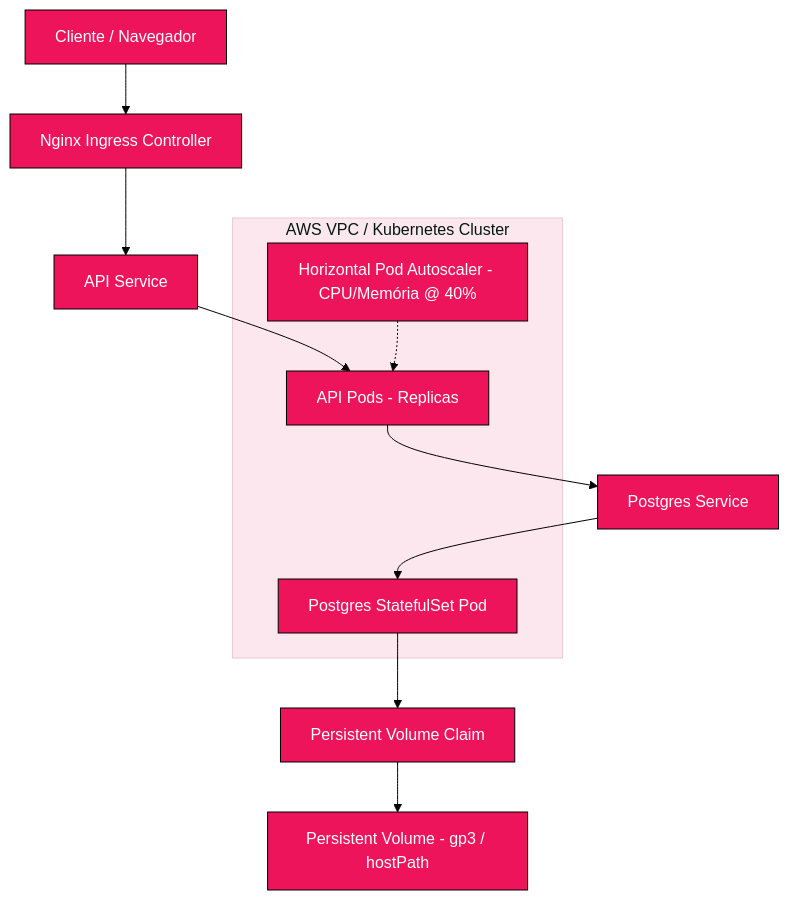
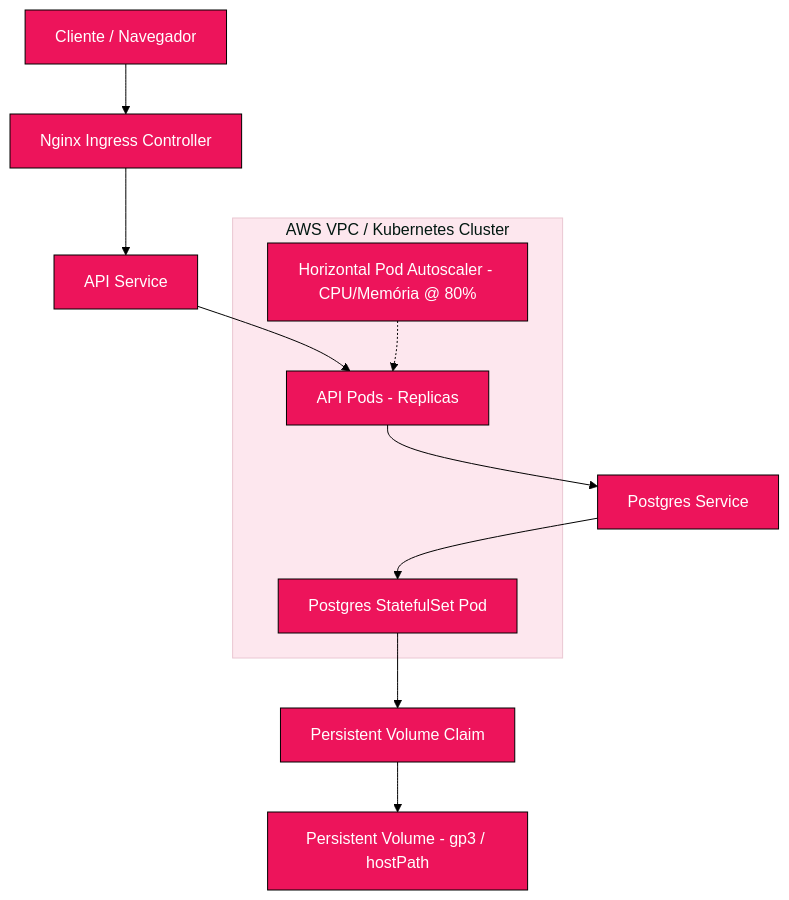
One commit to Grupo78-PosTech-15SOAT/AutoReparos changed the second of 3 diagrams in README.md. Above: the diagram before and after it, drawn with Mermaid. The commit also changed other lines of this file and 1 other file, not shown here.

Commit message:
🔧 Ajustando target do HPA para 80% e corrigindo background dos diagramas no README

````diff
--- a/README.md
+++ b/README.md
@@ -154,30 +155,31 @@
 ```mermaid
 %%{init: {
   'theme': 'base',
+  'themeCSS': 'svg { background-color: #ffffff !important; } .subgraph rect { fill: #FDE7EE !important; }',
   'themeVariables': {
     'background': '#ffffff',
     'primaryColor': '#ED145B',
     'primaryTextColor': '#ffffff',
     'primaryBorderColor': '#000000',
     'lineColor': '#000000',
     'secondaryColor': '#1A1A1A',
     'tertiaryColor': '#FDE7EE',
     'edgeLabelBackground': '#ffffff'
   }
 }}%%
 graph TB
     Client[Cliente / Navegador] --> Ingress[Nginx Ingress Controller]
     Ingress --> APIService[API Service]
     APIService --> APIPods[API Pods - Replicas]
     APIPods --> PostgresService[Postgres Service]
     PostgresService --> PostgresPod[Postgres StatefulSet Pod]
     PostgresPod --> PVC[Persistent Volume Claim]
     PVC --> PV[Persistent Volume - gp3 / hostPath]
     
     subgraph AWS VPC / Kubernetes Cluster
         APIPods
         PostgresPod
-        HPA[Horizontal Pod Autoscaler - CPU/Memória @ 40%]
+        HPA[Horizontal Pod Autoscaler - CPU/Memória @ 80%]
         HPA -.-> APIPods
     end
 ```
````
